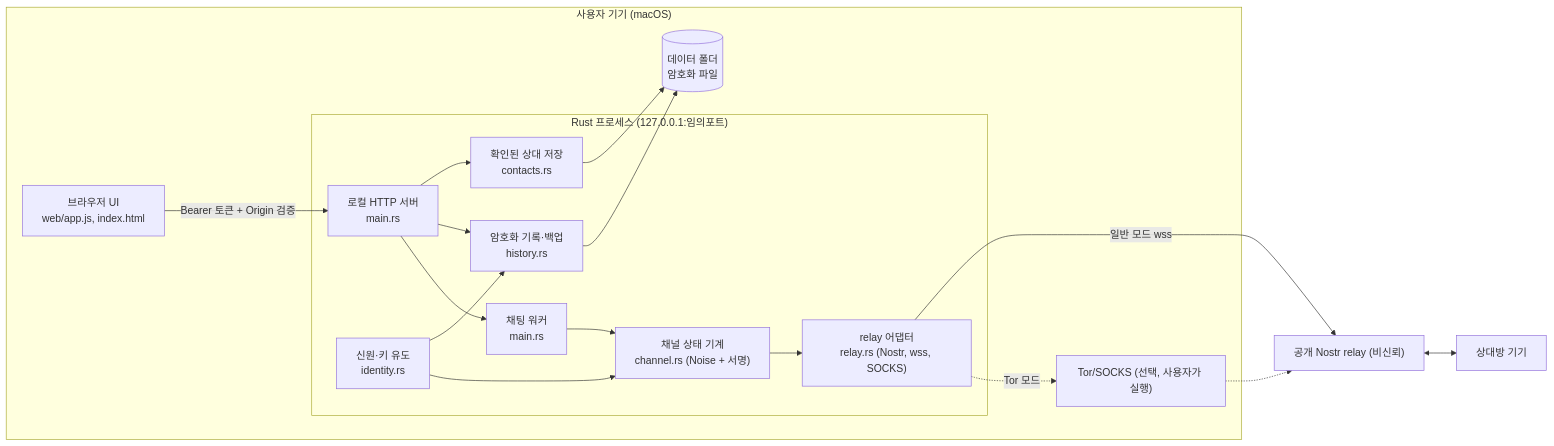
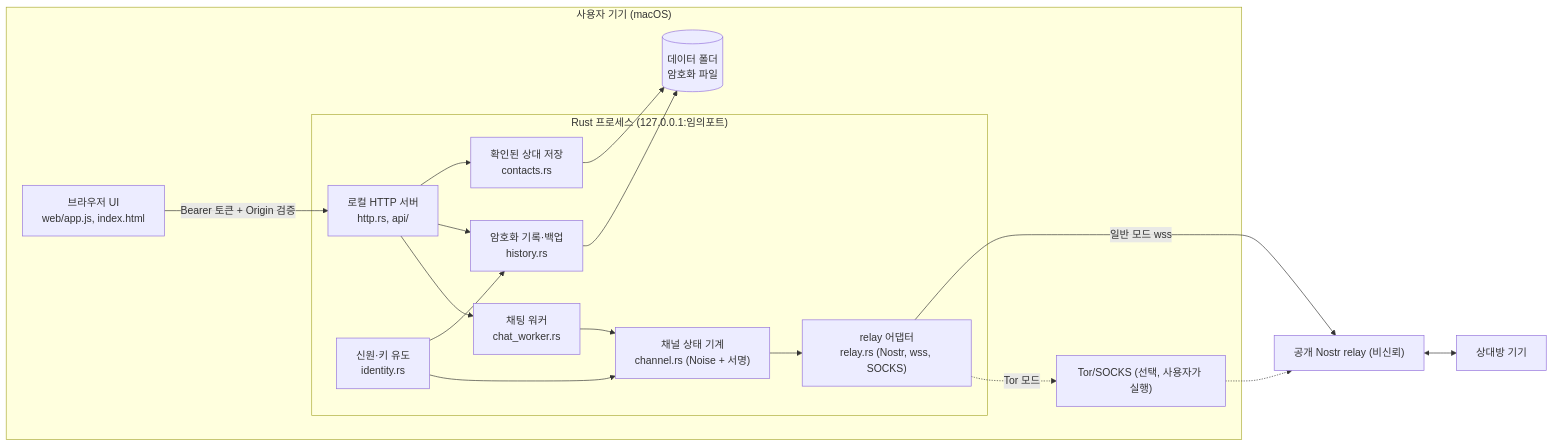
One commit to answndud/another-dimension-v2 changed the first of 3 diagrams in docs/architecture.md. Above: the diagram before and after it, drawn with Mermaid. The commit also changed other lines of this file and 18 other files, not shown here.

````diff
--- a/docs/architecture.md
+++ b/docs/architecture.md
@@ -7,31 +7,31 @@
 ```mermaid
 flowchart LR
     subgraph Device["사용자 기기 (macOS)"]
         UI["브라우저 UI<br/>web/app.js, index.html"]
         subgraph Rust["Rust 프로세스 (127.0.0.1:임의포트)"]
-            HTTP["로컬 HTTP 서버<br/>main.rs"]
-            WORKER["채팅 워커<br/>main.rs"]
+            HTTP["로컬 HTTP 서버<br/>http.rs, api/"]
+            WORKER["채팅 워커<br/>chat_worker.rs"]
             CH["채널 상태 기계<br/>channel.rs (Noise + 서명)"]
             RELAY["relay 어댑터<br/>relay.rs (Nostr, wss, SOCKS)"]
             HIST["암호화 기록·백업<br/>history.rs"]
             CON["확인된 상대 저장<br/>contacts.rs"]
             ID["신원·키 유도<br/>identity.rs"]
         end
         DISK[("데이터 폴더<br/>암호화 파일")]
         TOR["Tor/SOCKS (선택, 사용자가 실행)"]
     end
     REL["공개 Nostr relay (비신뢰)"]
     PEER["상대방 기기"]
 
     UI -- "Bearer 토큰 + Origin 검증" --> HTTP
     HTTP --> WORKER --> CH --> RELAY
     HTTP --> HIST
     HTTP --> CON
     ID --> CH
     ID --> HIST
     HIST --> DISK
     CON --> DISK
     RELAY -. "Tor 모드" .-> TOR -.-> REL
     RELAY -- "일반 모드 wss" --> REL
     REL <--> PEER
 ```
````
